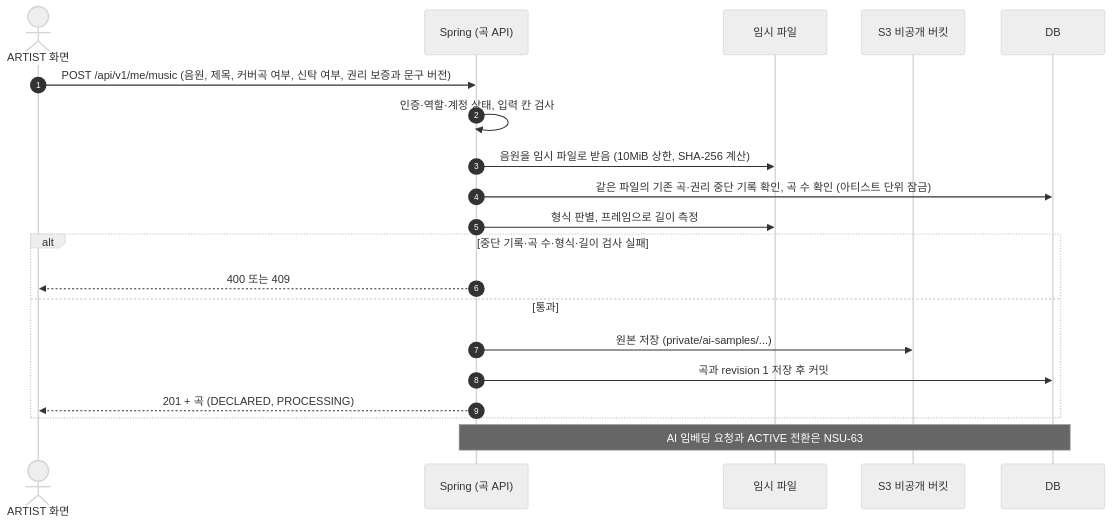
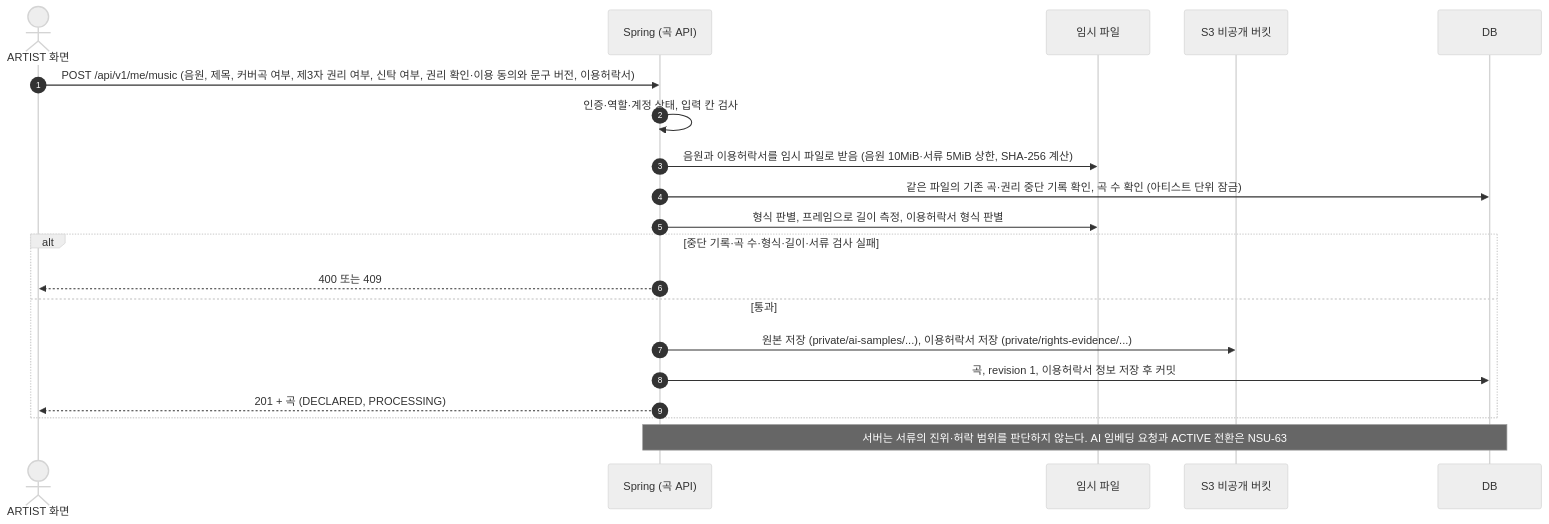
One commit to nsuCapstoneTeam/NSU_CAPSTONE changed the first of 2 diagrams in docs/api/04_music.md. Above: the diagram before and after it, drawn with Mermaid (neutral theme). The commit also changed other lines of this file and 6 other files, not shown here.

````diff
--- a/docs/api/04_music.md
+++ b/docs/api/04_music.md
@@ -81,23 +83,23 @@
 ```mermaid
 sequenceDiagram
     autonumber
     actor A as ARTIST 화면
     participant S as Spring (곡 API)
     participant T as 임시 파일
     participant B as S3 비공개 버킷
     participant D as DB
 
-    A->>S: POST /api/v1/me/music (음원, 제목, 커버곡 여부, 신탁 여부, 권리 보증과 문구 버전)
+    A->>S: POST /api/v1/me/music (음원, 제목, 커버곡 여부, 제3자 권리 여부, 신탁 여부, 권리 확인·이용 동의와 문구 버전, 이용허락서)
     S->>S: 인증·역할·계정 상태, 입력 칸 검사
-    S->>T: 음원을 임시 파일로 받음 (10MiB 상한, SHA-256 계산)
+    S->>T: 음원과 이용허락서를 임시 파일로 받음 (음원 10MiB·서류 5MiB 상한, SHA-256 계산)
     S->>D: 같은 파일의 기존 곡·권리 중단 기록 확인, 곡 수 확인 (아티스트 단위 잠금)
-    S->>T: 형식 판별, 프레임으로 길이 측정
-    alt 중단 기록·곡 수·형식·길이 검사 실패
+    S->>T: 형식 판별, 프레임으로 길이 측정, 이용허락서 형식 판별
+    alt 중단 기록·곡 수·형식·길이·서류 검사 실패
         S-->>A: 400 또는 409
     else 통과
-        S->>B: 원본 저장 (private/ai-samples/...)
-        S->>D: 곡과 revision 1 저장 후 커밋
+        S->>B: 원본 저장 (private/ai-samples/...), 이용허락서 저장 (private/rights-evidence/...)
+        S->>D: 곡, revision 1, 이용허락서 정보 저장 후 커밋
         S-->>A: 201 + 곡 (DECLARED, PROCESSING)
     end
-    Note over S,D: AI 임베딩 요청과 ACTIVE 전환은 NSU-63
+    Note over S,D: 서버는 서류의 진위·허락 범위를 판단하지 않는다. AI 임베딩 요청과 ACTIVE 전환은 NSU-63
 ```
````
